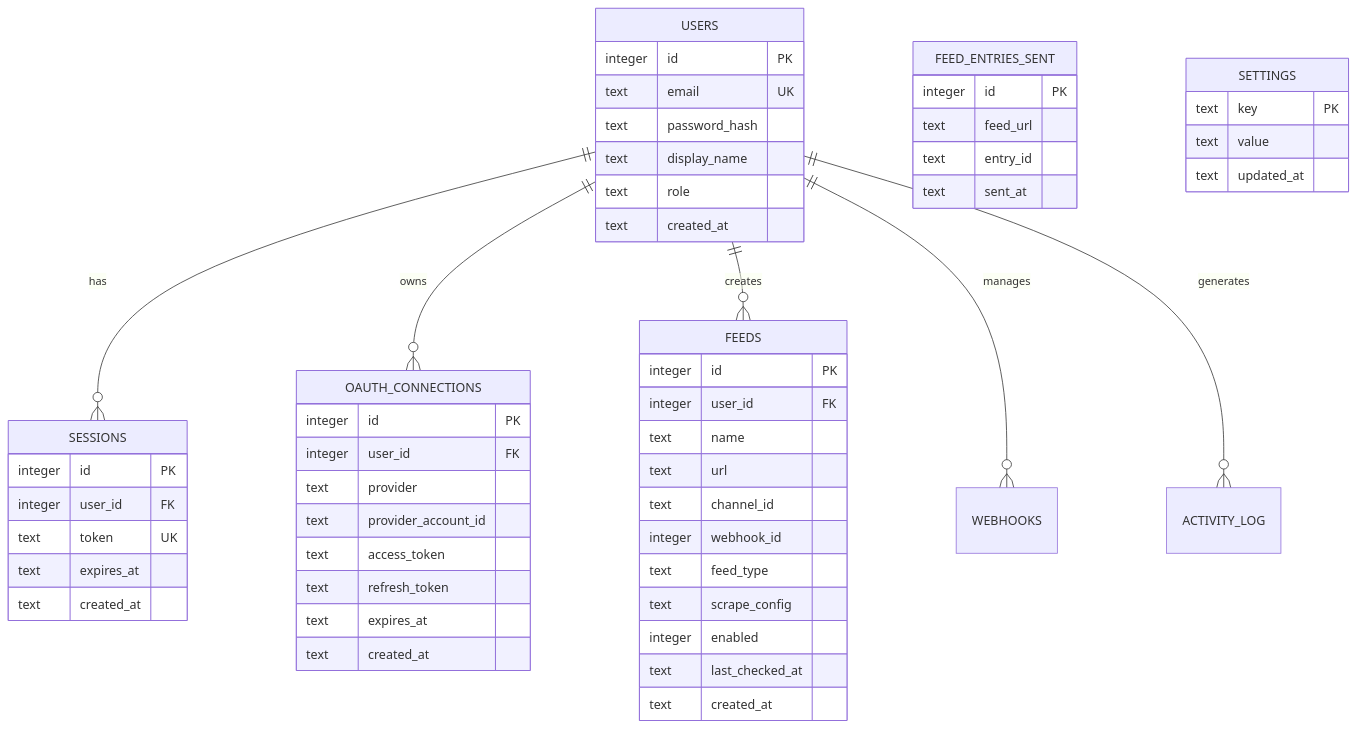
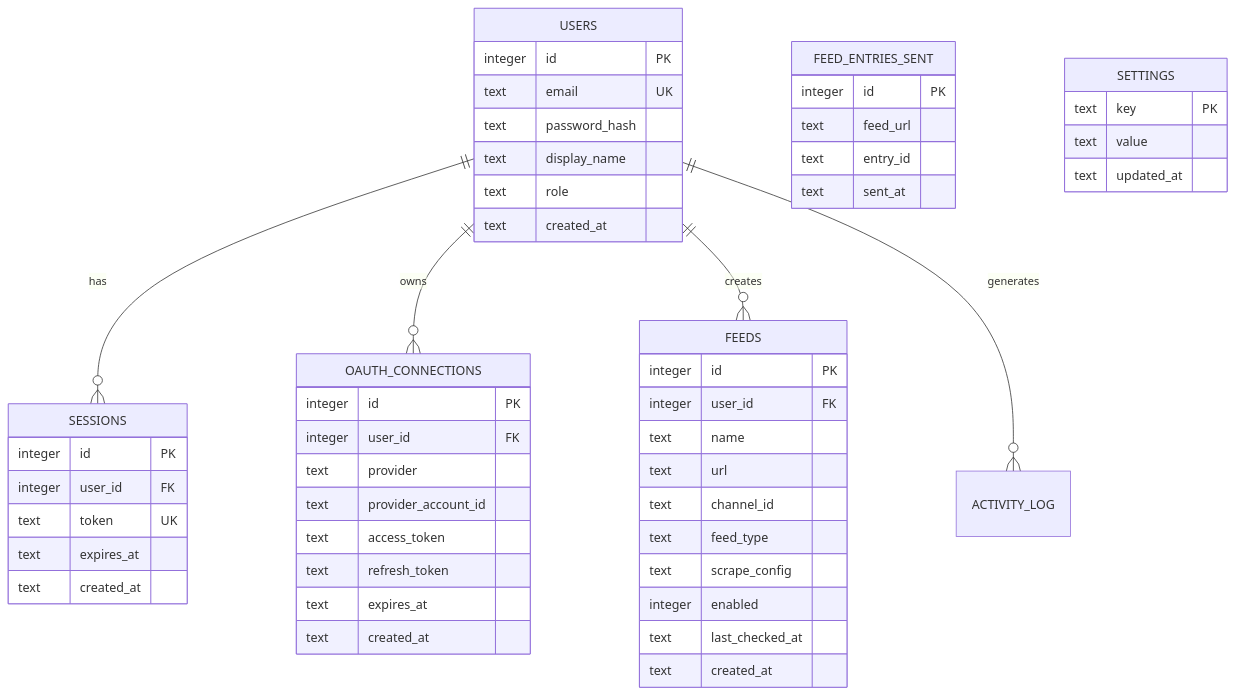
The second of 2 diagrams in wiki/Architecture-and-Design.md (HELIX-Origin/Discord-RSS), drawn with Mermaid before and after one commit. The commit also changed 38 other files, not shown here.

````diff
--- a/wiki/Architecture-and-Design.md
+++ b/wiki/Architecture-and-Design.md
@@ -62,63 +62,61 @@
 ```mermaid
 erDiagram
     USERS ||--o{ SESSIONS : "has"
     USERS ||--o{ OAUTH_CONNECTIONS : "owns"
     USERS ||--o{ FEEDS : "creates"
-    USERS ||--o{ WEBHOOKS : "manages"
     USERS ||--o{ ACTIVITY_LOG : "generates"
 
     USERS {
         integer id PK
         text email UK
         text password_hash
         text display_name
         text role
         text created_at
     }
 
     SESSIONS {
         integer id PK
         integer user_id FK
         text token UK
         text expires_at
         text created_at
     }
 
     OAUTH_CONNECTIONS {
         integer id PK
         integer user_id FK
         text provider
         text provider_account_id
         text access_token
         text refresh_token
         text expires_at
         text created_at
     }
 
     FEEDS {
         integer id PK
         integer user_id FK
         text name
         text url
         text channel_id
-        integer webhook_id
         text feed_type
         text scrape_config
         integer enabled
         text last_checked_at
         text created_at
     }
 
     FEED_ENTRIES_SENT {
         integer id PK
         text feed_url
         text entry_id
         text sent_at
     }
 
     SETTINGS {
         text key PK
         text value
         text updated_at
     }
 ```
````
